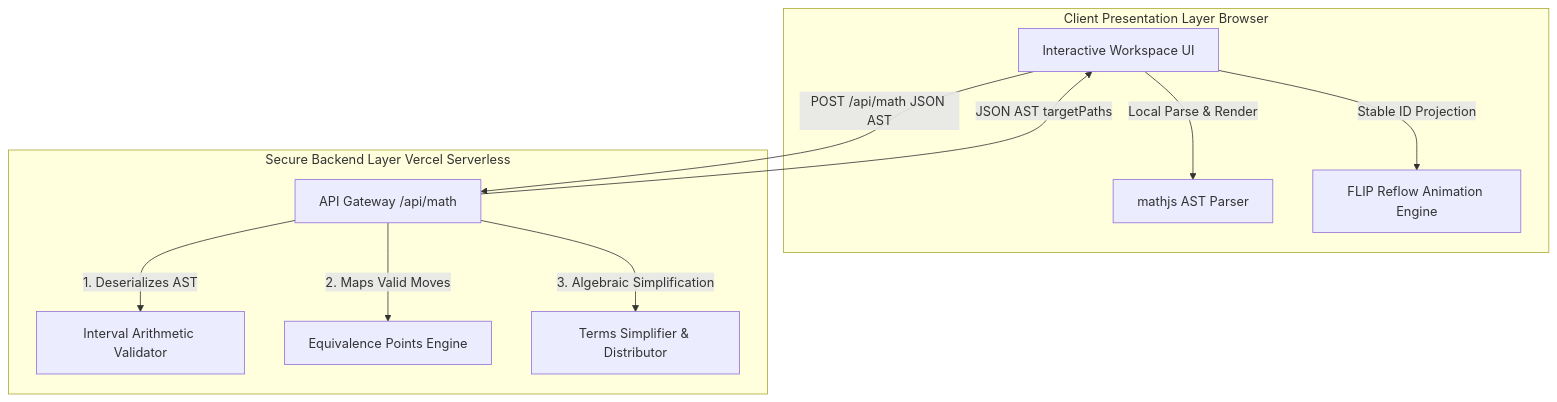
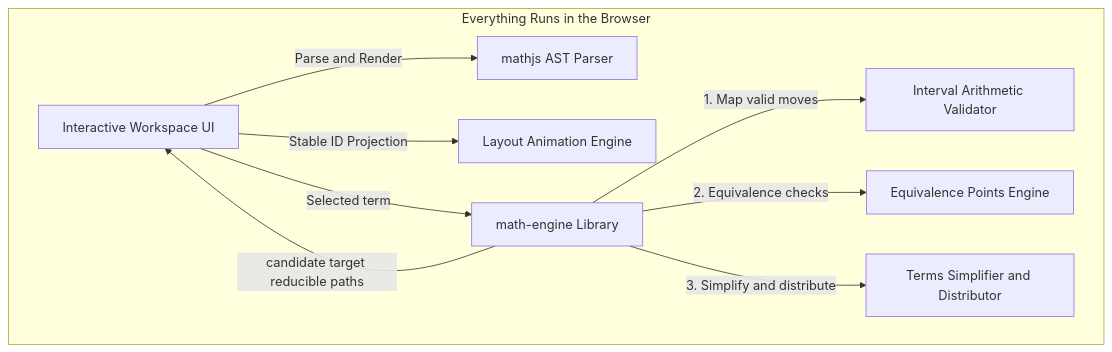
Before and after one commit to trebor/algebranch: the diagram in README.md, drawn with Mermaid. The commit also changed other lines of this file and 56 other files, not shown here.

````diff
--- a/README.md
+++ b/README.md
@@ -13,14 +55,12 @@
 ```mermaid
 graph TD
-    subgraph Client [Client Presentation Layer Browser]
-        A[Interactive Workspace UI] -->|Local Parse & Render| B[mathjs AST Parser]
-        A -->|Stable ID Projection| C[FLIP Reflow Animation Engine]
+    subgraph Browser [Everything Runs in the Browser]
+        A[Interactive Workspace UI] -->|Parse and Render| B[mathjs AST Parser]
+        A -->|Stable ID Projection| C[Layout Animation Engine]
+        A -->|Selected term| D[math-engine Library]
+        D -->|1. Map valid moves| E[Interval Arithmetic Validator]
+        D -->|2. Equivalence checks| F[Equivalence Points Engine]
+        D -->|3. Simplify and distribute| G[Terms Simplifier and Distributor]
+        D -->|candidate target reducible paths| A
     end
-    subgraph Server [Secure Backend Layer Vercel Serverless]
-        D[API Gateway /api/math] -->|1. Deserializes AST| E[Interval Arithmetic Validator]
-        D -->|2. Maps Valid Moves| F[Equivalence Points Engine]
-        D -->|3. Algebraic Simplification| G[Terms Simplifier & Distributor]
-    end
-    A -->|POST /api/math JSON AST| D
-    D -->|JSON AST targetPaths| A
 ```
````
